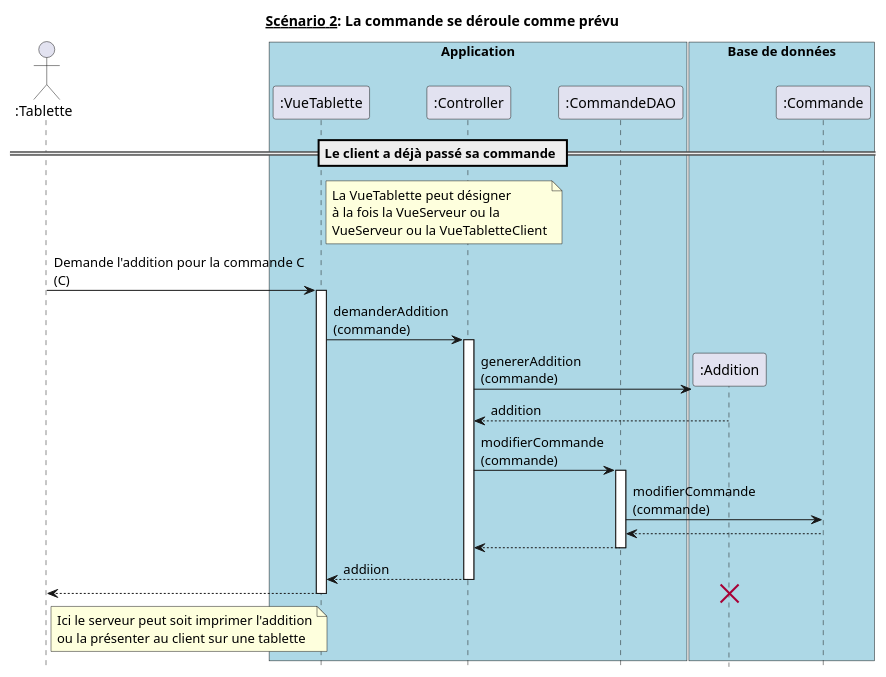
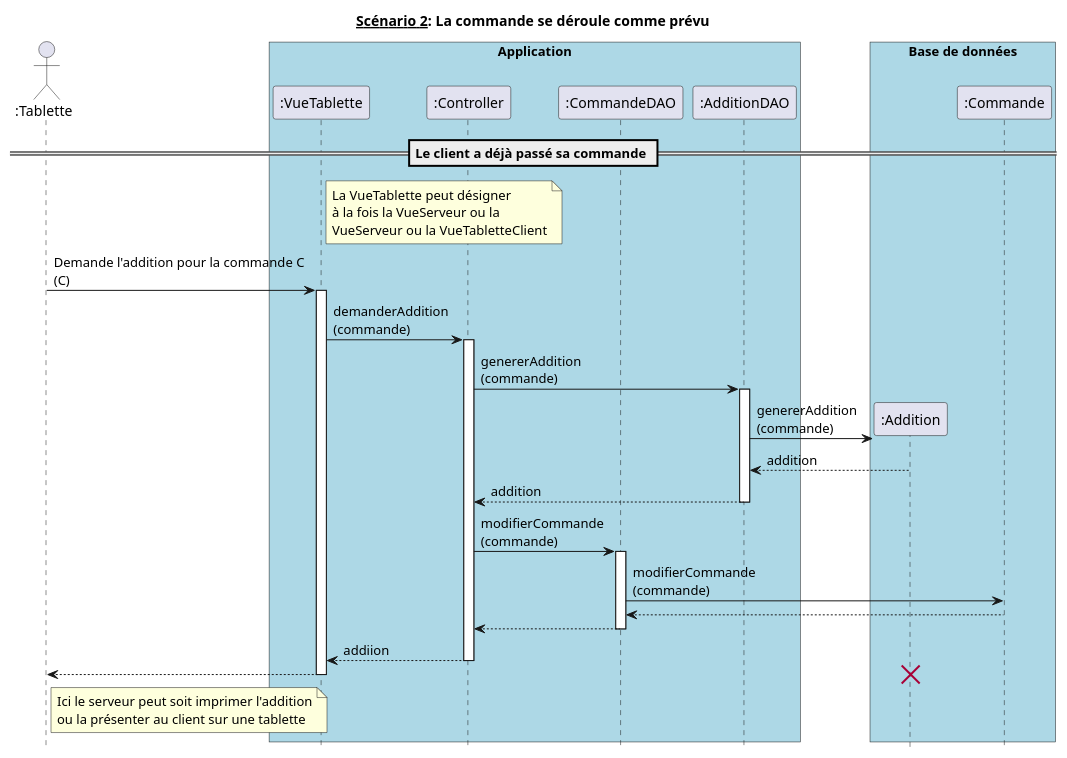
The diagram in diagrammes_sequences_detailles/dss2.md (hulskenA/GL-Les_seigneurs_du_resto), drawn with PlantUML before and after one commit.

Commit message:
Modification DSS détaillé 2

````diff
--- a/diagrammes_sequences_detailles/dss2.md
+++ b/diagrammes_sequences_detailles/dss2.md
@@ -1,57 +1,65 @@
 ```puml
 @startuml
 hide footbox
 title __Scénario 2__: La commande se déroule comme prévu
 
 actor ":Tablette" as Tablette order 10
 
 box "Application" #Lightblue
   participant ":VueTablette" as VueTablette order 30
   participant ":Controller" as Controller order 40
   participant ":CommandeDAO" as CommandeDAO order 60
+  participant ":AdditionDAO" as AdditionDAO order 70
+
 endbox
 
 box "Base de données" #Lightblue
-  participant ":Addition" as Addition order 70
-  participant ":Commande" as Commande order 80
+  participant ":Addition" as Addition order 80
+  participant ":Commande" as Commande order 90
 endbox
 
 == Le client a déjà passé sa commande ==
 
 note right VueTablette
   La VueTablette peut désigner
   à la fois la VueServeur ou la
   VueServeur ou la VueTabletteClient
 end note
 
 Tablette -> VueTablette : Demande l'addition pour la commande C\n(C)
 activate VueTablette
 
 VueTablette -> Controller : demanderAddition \n(commande)
 activate Controller
 
+Controller -> AdditionDAO : genererAddition\n(commande)
+activate AdditionDAO
+
 create Addition
-Controller -> Addition : genererAddition\n(commande)
-Controller <-- Addition : addition
+AdditionDAO -> Addition : genererAddition\n(commande)
+AdditionDAO <-- Addition : addition
+
+Controller <-- AdditionDAO : addition
+deactivate AdditionDAO
 
 Controller -> CommandeDAO : modifierCommande\n(commande)
 activate CommandeDAO
 CommandeDAO -> Commande :  modifierCommande\n(commande)
 CommandeDAO <-- Commande
 CommandeDAO --> Controller
 deactivate CommandeDAO
 
 Controller --> VueTablette : addiion
 deactivate Controller
 
 VueTablette --> Tablette
 deactivate VueTablette
 
 note right Tablette
   Ici le serveur peut soit imprimer l'addition
   ou la présenter au client sur une tablette
 end note
 destroy Addition
 
 @enduml
 ```
````
